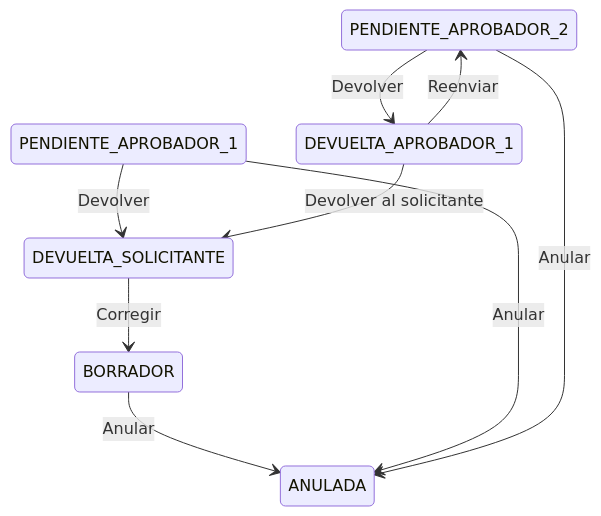
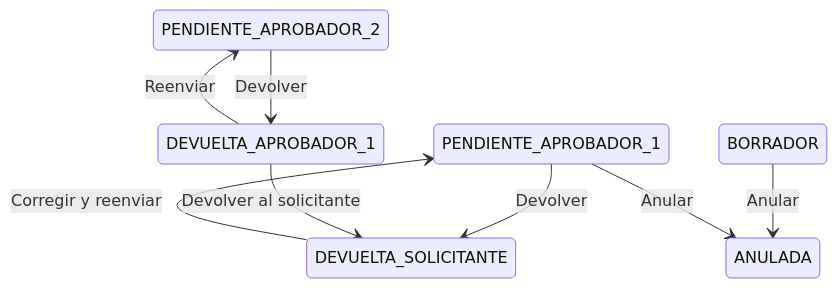
One commit to DevSantiago/sistema-obras changed the second of 5 diagrams in docs/04-state-machine.md. Above: the diagram before and after it, drawn with Mermaid. The commit also changed other lines of this file and 61 other files, not shown here.

````diff
--- a/docs/04-state-machine.md
+++ b/docs/04-state-machine.md
@@ -62,19 +62,18 @@
 ```mermaid
 stateDiagram-v2
 
     PENDIENTE_APROBADOR_1 --> DEVUELTA_SOLICITANTE : Devolver
 
-    DEVUELTA_SOLICITANTE --> BORRADOR : Corregir
+    DEVUELTA_SOLICITANTE --> PENDIENTE_APROBADOR_1 : Corregir y reenviar
 
     PENDIENTE_APROBADOR_2 --> DEVUELTA_APROBADOR_1 : Devolver
 
     DEVUELTA_APROBADOR_1 --> PENDIENTE_APROBADOR_2 : Reenviar
 
     DEVUELTA_APROBADOR_1 --> DEVUELTA_SOLICITANTE : Devolver al solicitante
 
     BORRADOR --> ANULADA : Anular
 
     PENDIENTE_APROBADOR_1 --> ANULADA : Anular
 
-    PENDIENTE_APROBADOR_2 --> ANULADA : Anular
 ```
````
